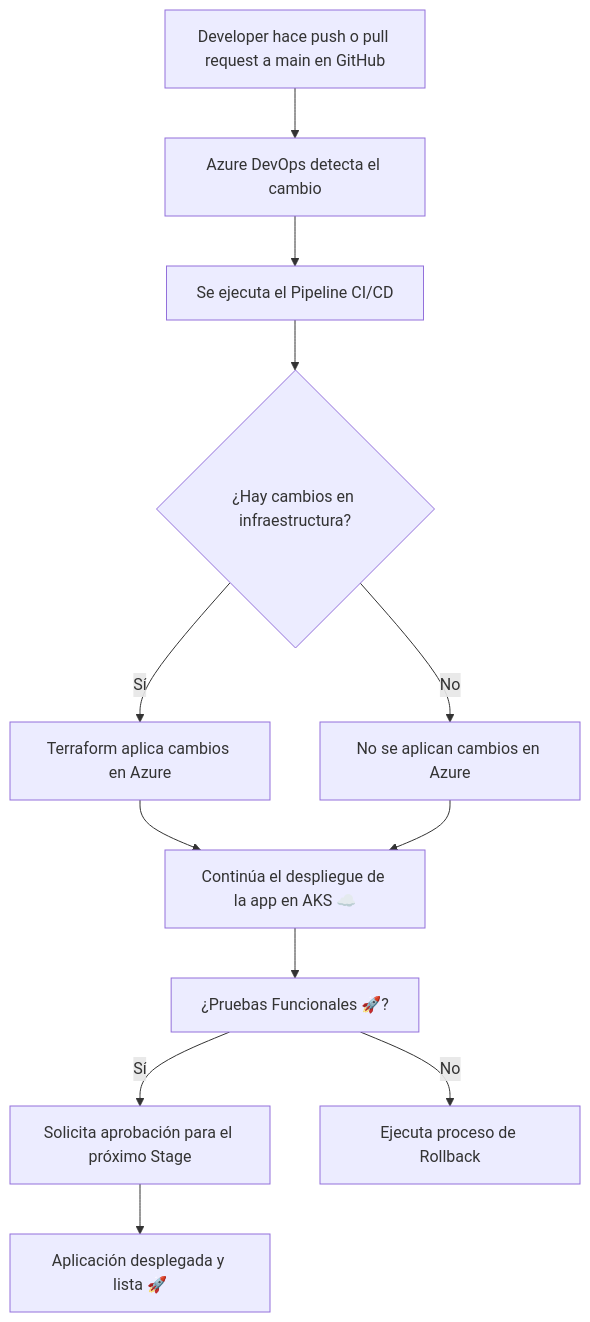
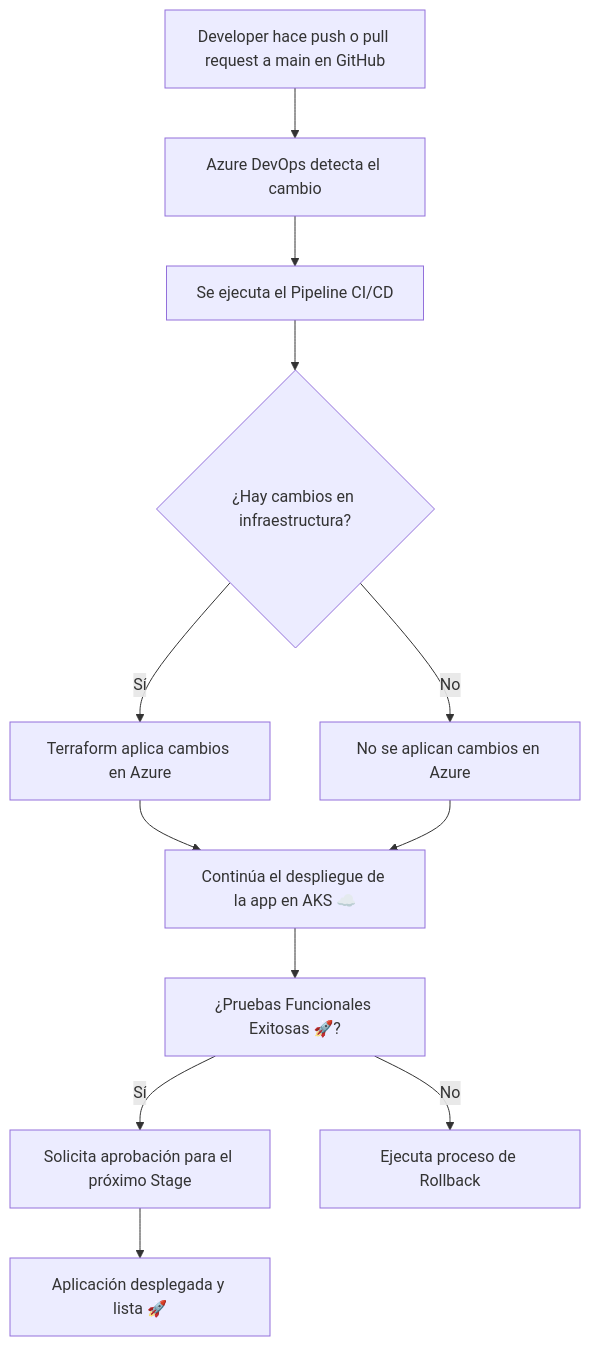
Before and after one commit to silencfox/Dev_Project: the diagram in README.md, drawn with Mermaid.

Commit message:
agregando documentacion

````diff
--- a/README.md
+++ b/README.md
@@ -78,15 +78,15 @@
 ```mermaid
-graph TD;
+flowchart TD
     A[Developer hace push o pull request a main en GitHub] --> B[Azure DevOps detecta el cambio]
     B --> C[Se ejecuta el Pipeline CI/CD]
     C --> D{¿Hay cambios en infraestructura?}
     D -- Sí --> E[Terraform aplica cambios en Azure]
     D -- No --> F[No se aplican cambios en Azure]
     E --> G[Continúa el despliegue de la app en AKS ☁️]
     F --> G
-    G --> H[¿Pruebas Funcionales 🚀?]
+    G --> H[¿Pruebas Funcionales Exitosas 🚀?]
     H -- Sí --> I[Solicita aprobación para el próximo Stage]
     H -- No --> J[Ejecuta proceso de Rollback]
     I --> K[Aplicación desplegada y lista 🚀]
 
 ```
````
